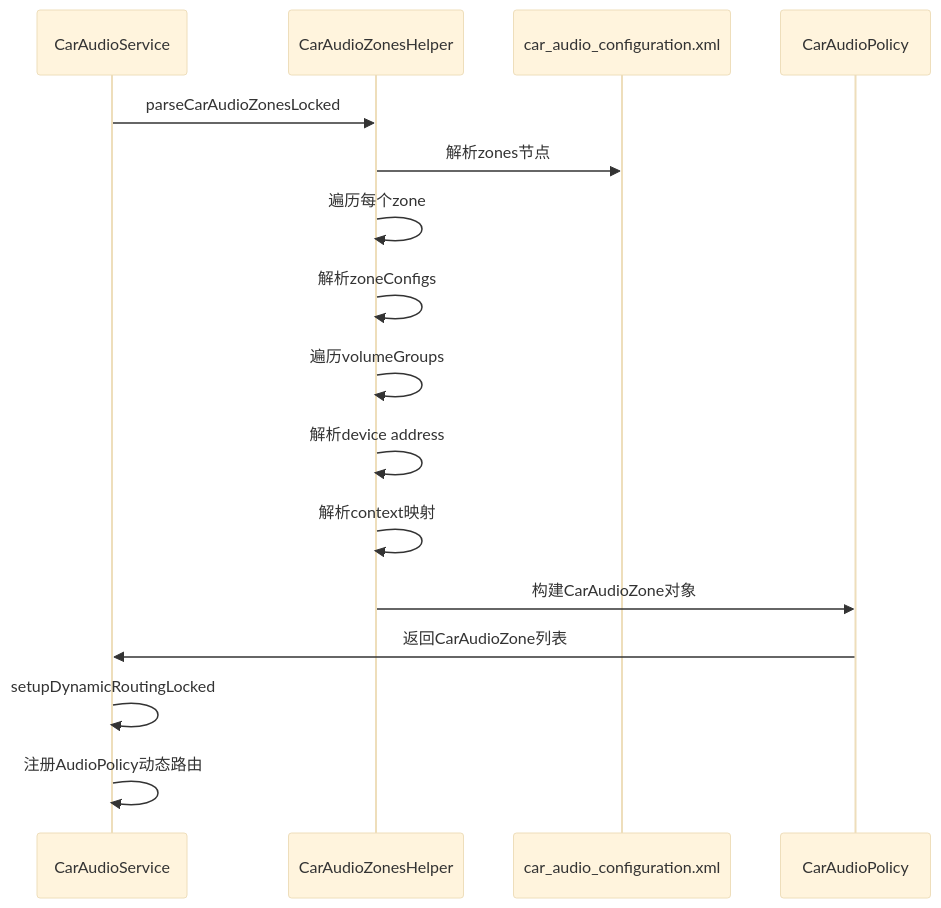
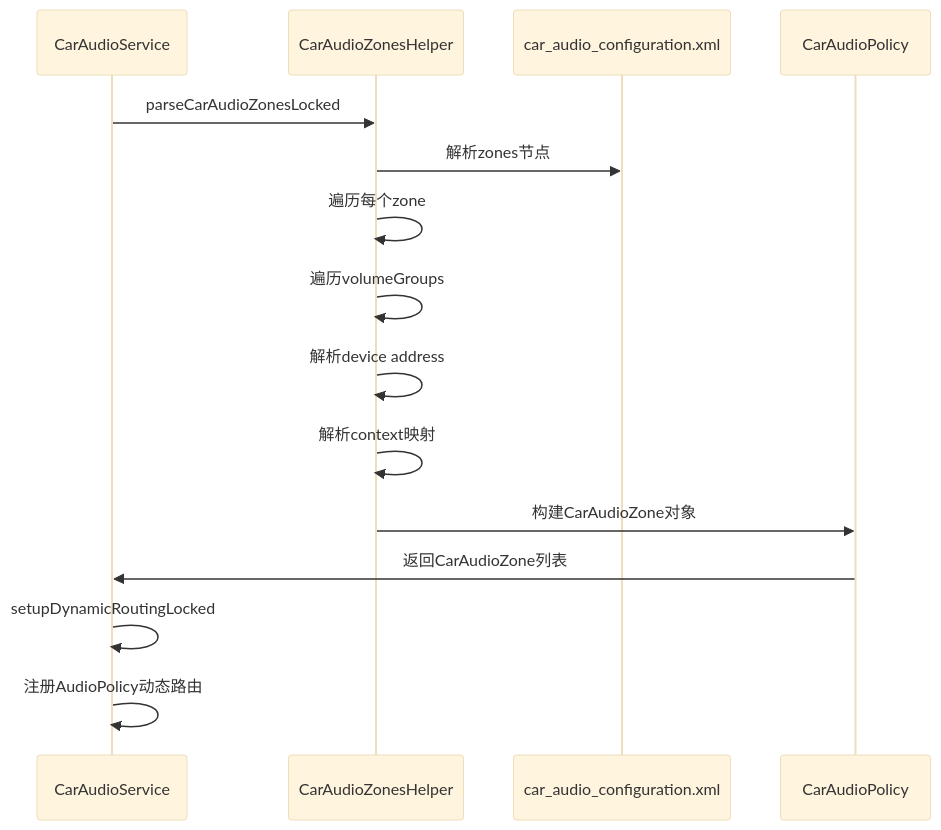
One commit to yanglinzhen1022/SA8295_AAOS_QNX_Audio_KnowledgeBase changed the second of 2 diagrams in 11_Vendor_Layer/11_11.5_car_audio_configuration.xml-AAOS车载配置.md. Above: the diagram before and after it, drawn with Mermaid (base theme). The commit also changed other lines of this file and 5 other files, not shown here.

````diff
--- a/11_Vendor_Layer/11_11.5_car_audio_configuration.xml-AAOS车载配置.md
+++ b/11_Vendor_Layer/11_11.5_car_audio_configuration.xml-AAOS车载配置.md
@@ -299,19 +250,18 @@
 ```mermaid
 sequenceDiagram
     participant CAS as CarAudioService
     participant CZH as CarAudioZonesHelper
     participant XML as car_audio_configuration.xml
     participant CAP as CarAudioPolicy
 
     CAS->>CZH: parseCarAudioZonesLocked
     CZH->>XML: 解析zones节点
     CZH->>CZH: 遍历每个zone
-    CZH->>CZH: 解析zoneConfigs
     CZH->>CZH: 遍历volumeGroups
     CZH->>CZH: 解析device address
     CZH->>CZH: 解析context映射
     CZH->>CAP: 构建CarAudioZone对象
     CAP->>CAS: 返回CarAudioZone列表
     CAS->>CAS: setupDynamicRoutingLocked
     CAS->>CAS: 注册AudioPolicy动态路由
 ```
````
